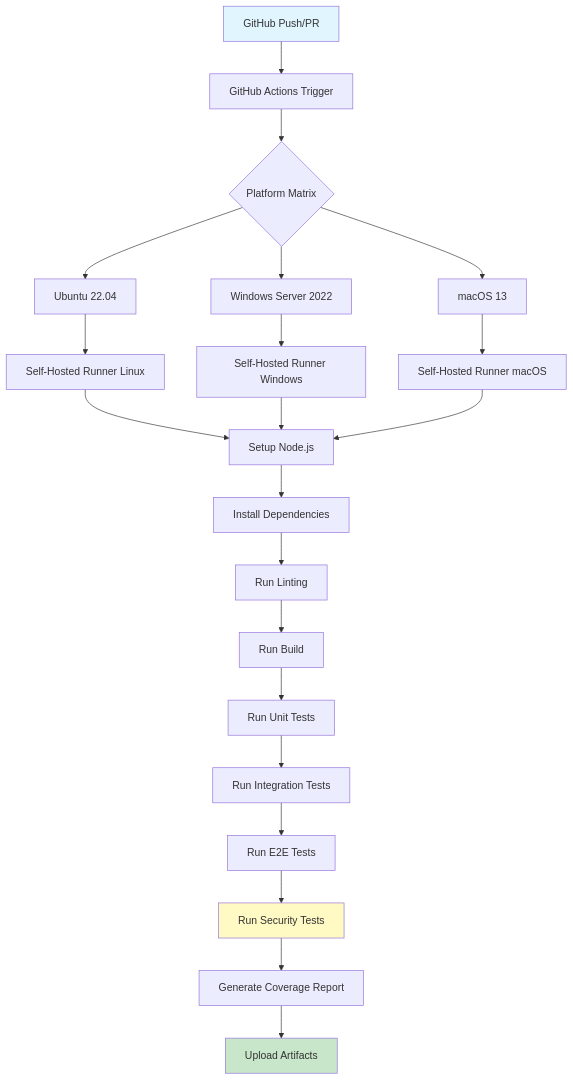
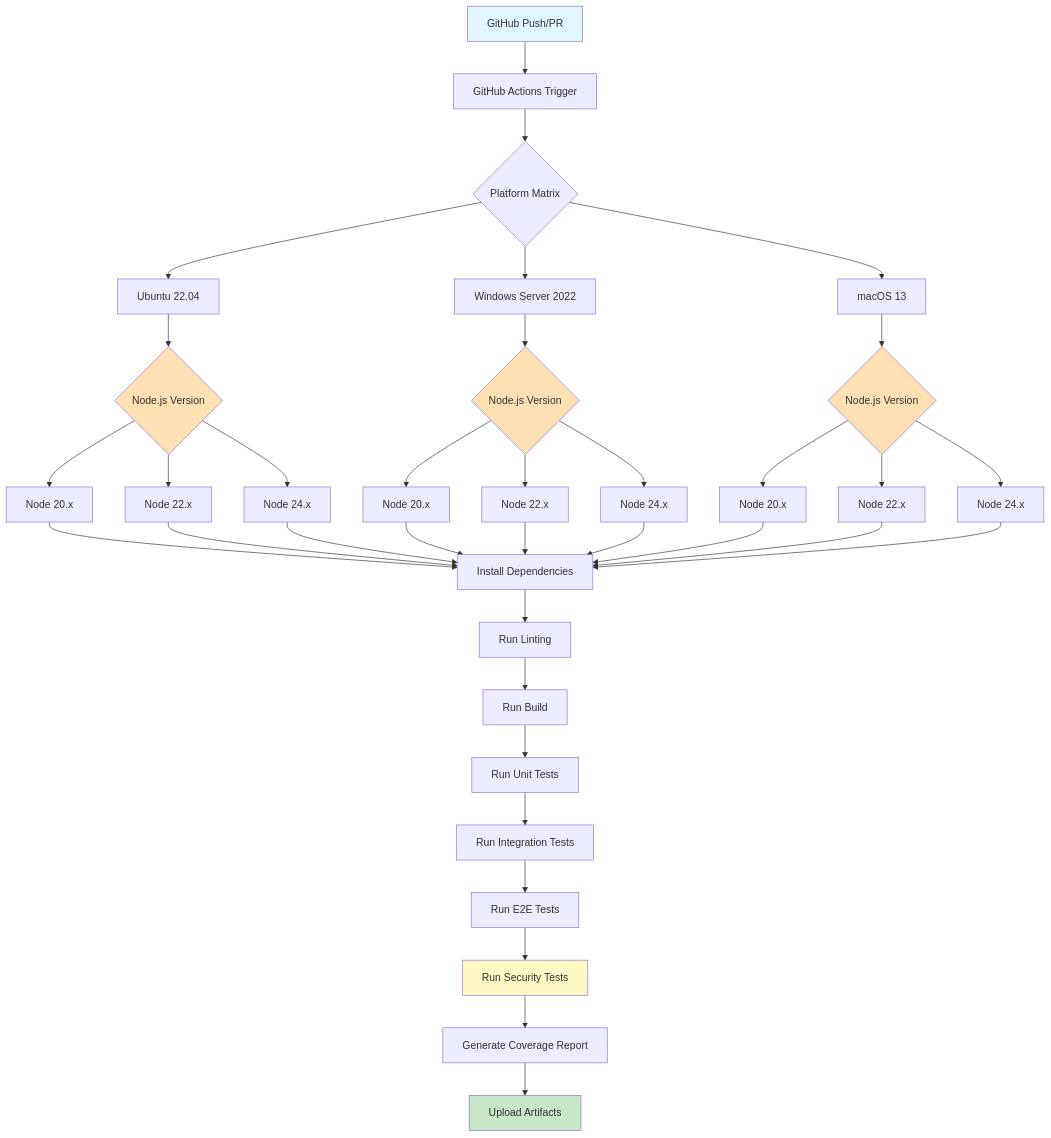
One commit to mountaindude/qvd4js changed the first of 2 diagrams in docs/MULTI_PLATFORM_TEST_DESIGN.md. Above: the diagram before and after it, drawn with Mermaid.

Commit message:
enhance test execution flow with Node.js version support for self-hosted runners

````diff
--- a/docs/MULTI_PLATFORM_TEST_DESIGN.md
+++ b/docs/MULTI_PLATFORM_TEST_DESIGN.md
@@ -45,30 +45,50 @@
 ```mermaid
 graph TD
     A[GitHub Push/PR] --> B[GitHub Actions Trigger]
     B --> C{Platform Matrix}
     C --> D[Ubuntu 22.04]
     C --> E[Windows Server 2022]
     C --> F[macOS 13]
     
-    D --> G[Self-Hosted Runner Linux]
-    E --> H[Self-Hosted Runner Windows]
-    F --> I[Self-Hosted Runner macOS]
+    D --> D1{Node.js Version}
+    E --> E1{Node.js Version}
+    F --> F1{Node.js Version}
     
-    G --> J[Setup Node.js]
-    H --> J
-    I --> J
+    D1 --> D2[Node 20.x]
+    D1 --> D3[Node 22.x]
+    D1 --> D4[Node 24.x]
     
-    J --> K[Install Dependencies]
-    K --> L[Run Linting]
-    L --> M[Run Build]
-    M --> N[Run Unit Tests]
-    N --> O[Run Integration Tests]
-    O --> P[Run E2E Tests]
-    P --> Q[Run Security Tests]
-    Q --> R[Generate Coverage Report]
-    R --> S[Upload Artifacts]
+    E1 --> E2[Node 20.x]
+    E1 --> E3[Node 22.x]
+    E1 --> E4[Node 24.x]
+    
+    F1 --> F2[Node 20.x]
+    F1 --> F3[Node 22.x]
+    F1 --> F4[Node 24.x]
+    
+    D2 --> G[Install Dependencies]
+    D3 --> G
+    D4 --> G
+    E2 --> G
+    E3 --> G
+    E4 --> G
+    F2 --> G
+    F3 --> G
+    F4 --> G
+    
+    G --> H[Run Linting]
+    H --> I[Run Build]
+    I --> J[Run Unit Tests]
+    J --> K[Run Integration Tests]
+    K --> L[Run E2E Tests]
+    L --> M[Run Security Tests]
+    M --> N[Generate Coverage Report]
+    N --> O[Upload Artifacts]
     
     style A fill:#e1f5ff
-    style S fill:#c8e6c9
-    style Q fill:#fff9c4
+    style O fill:#c8e6c9
+    style M fill:#fff9c4
+    style D1 fill:#ffe0b2
+    style E1 fill:#ffe0b2
+    style F1 fill:#ffe0b2
 ```
````
